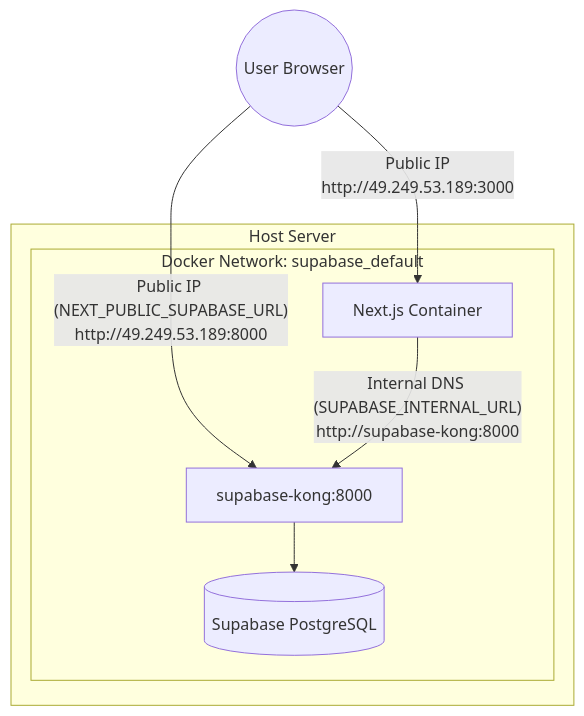
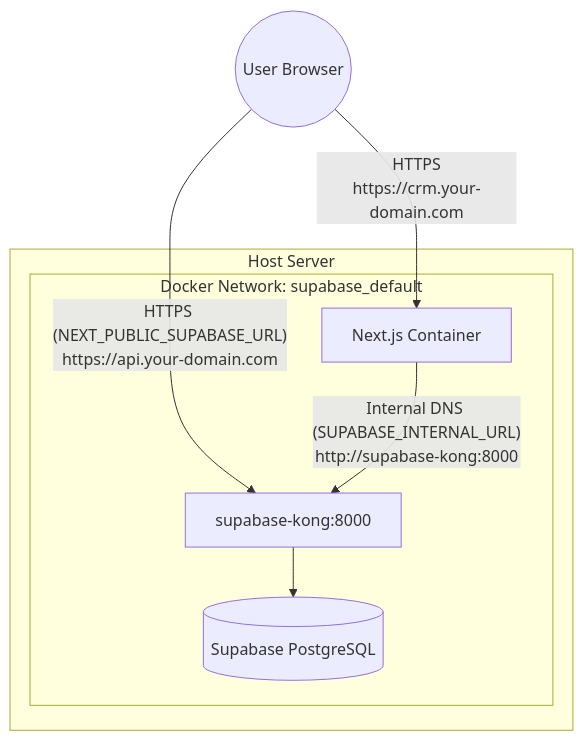
Before and after one commit to savistatech/goalcryst-crm-tcl-2: the diagram in production_architecture.md, drawn with Mermaid. The commit also changed other lines of this file and 15 other files, not shown here.

````diff
--- a/production_architecture.md
+++ b/production_architecture.md
@@ -76,23 +80,23 @@
 ```mermaid
 graph TD
     User((User Browser))
     
     subgraph Host Server
       subgraph Docker Network [Docker Network: supabase_default]
         NextApp[Next.js Container]
         SupabaseKong[supabase-kong:8000]
         SupabaseDB[(Supabase PostgreSQL)]
       end
     end
 
     %% Browser to API
-    User -- "Public IP (NEXT_PUBLIC_SUPABASE_URL)\nhttp://49.249.53.189:8000" --> SupabaseKong
+    User -- "HTTPS (NEXT_PUBLIC_SUPABASE_URL)\nhttps://api.your-domain.com" --> SupabaseKong
     
     %% Browser to Next
-    User -- "Public IP\nhttp://49.249.53.189:3000" --> NextApp
+    User -- "HTTPS\nhttps://crm.your-domain.com" --> NextApp
     
     %% Server to API (Internal)
     NextApp -- "Internal DNS (SUPABASE_INTERNAL_URL)\nhttp://supabase-kong:8000" --> SupabaseKong
     
     SupabaseKong --> SupabaseDB
 ```
````
